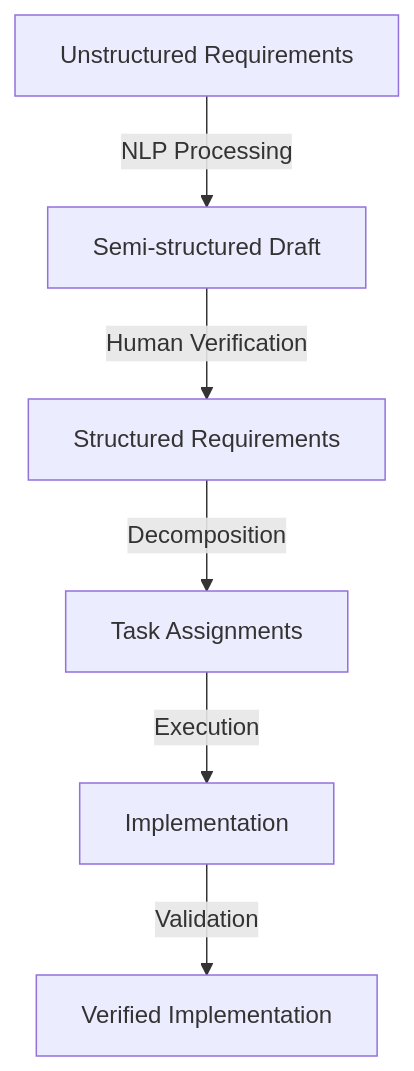
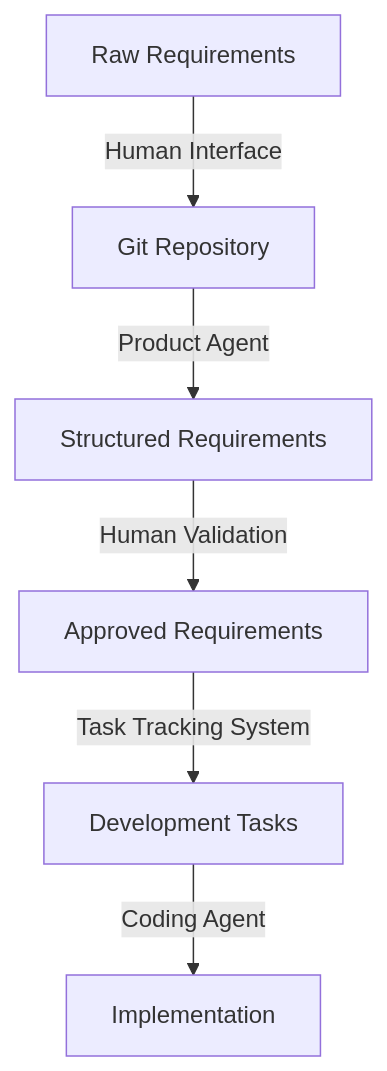
Before and after one commit to kgatilin/aihive: the first of 5 diagrams in docs/arch/data_flow_architecture.md, drawn with Mermaid. The commit also changed other lines of this file and 3 other files, not shown here.

Commit message:
Streamline architecture docs to align with simplified component architecture

````diff
--- a/docs/arch/data_flow_architecture.md
+++ b/docs/arch/data_flow_architecture.md
@@ -24,8 +23,8 @@
 ```mermaid
 graph TD
-    A[Unstructured Requirements] -->|NLP Processing| B[Semi-structured Draft]
-    B -->|Human Verification| C[Structured Requirements]
-    C -->|Decomposition| D[Task Assignments]
-    D -->|Execution| E[Implementation]
-    E -->|Validation| F[Verified Implementation]
+    A[Raw Requirements] -->|Human Interface| B[Git Repository]
+    B -->|Product Agent| C[Structured Requirements]
+    C -->|Human Validation| D[Approved Requirements]
+    D -->|Task Tracking System| E[Development Tasks]
+    E -->|Coding Agent| F[Implementation]
 ```
````
